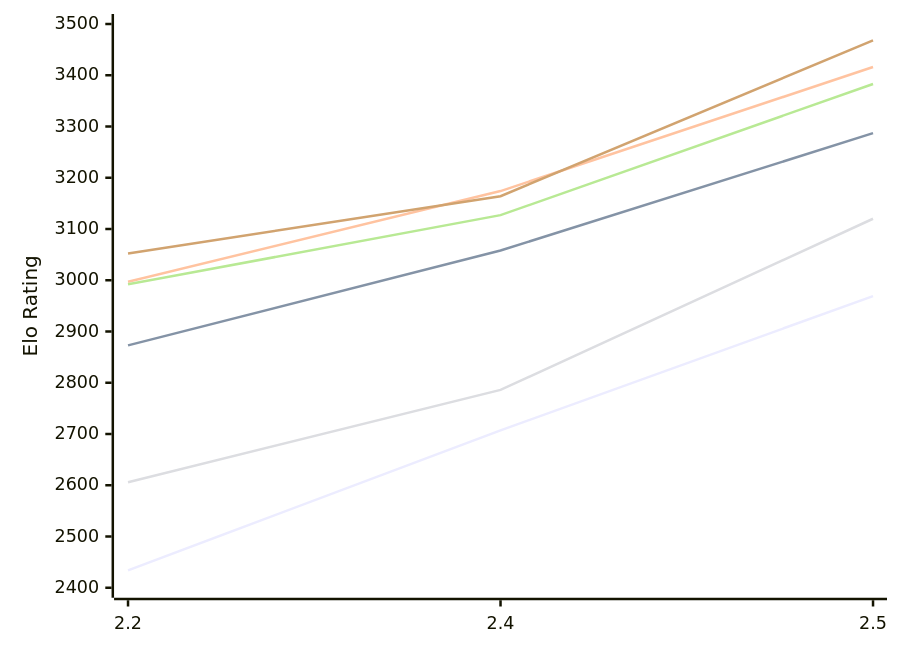
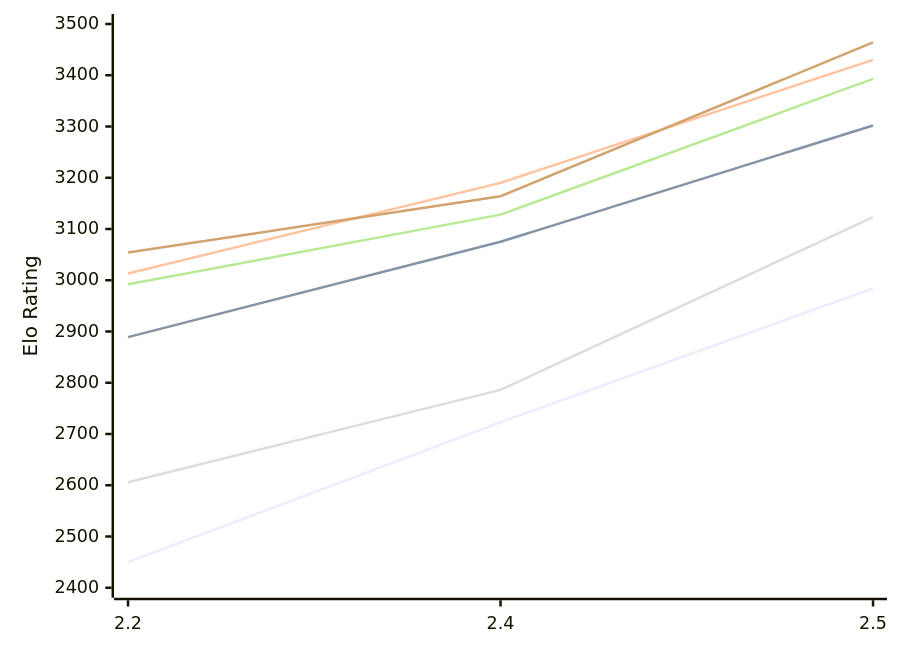
One commit to computer-chess-index/cci changed the first of 2 diagrams in engines/Sloth.md. Above: the diagram before and after it, drawn with Mermaid. The commit also changed other lines of this file, not shown here.

Commit message:
Update CCI Ratings (ELO VLTC) - 2026-11-11

````diff
--- a/engines/Sloth.md
+++ b/engines/Sloth.md
@@ -52,12 +52,12 @@
 ```mermaid
 %%{init: {"theme":"base","themeVariables":{"seriesColors:['#a3a3a3','#222221','#faa371']}}}%%
 xychart-beta
   x-axis ["2.2", "2.4", "2.5"]
   y-axis "Elo Rating" 2400 --> 3500
-  line "E1: STC (8.0+0.08s)" [2434, 2707, 2969]
-  line "E1: LTC (60.0+0.60s)" [2873, 3058, 3287]
-  line "E1: VLTC (2m24s+1.12s)" [2997, 3174, 3416]
-  line "P1: STC (8.0+0.08s)" [2606, 2786, 3120]
-  line "P1: LTC (60.0+0.60s)" [2992, 3127, 3383]
-  line "P1: VLTC (2m24s+1.12s)" [3052, 3164, 3468]
+  line "E1: STC (8.0+0.08s)" [2450, 2723, 2984]
+  line "E1: LTC (60.0+0.60s)" [2889, 3075, 3302]
+  line "E1: VLTC (2m24s+1.12s)" [3013, 3190, 3430]
+  line "P1: STC (8.0+0.08s)" [2606, 2786, 3123]
+  line "P1: LTC (60.0+0.60s)" [2992, 3128, 3393]
+  line "P1: VLTC (2m24s+1.12s)" [3054, 3164, 3464]
 ```
````
